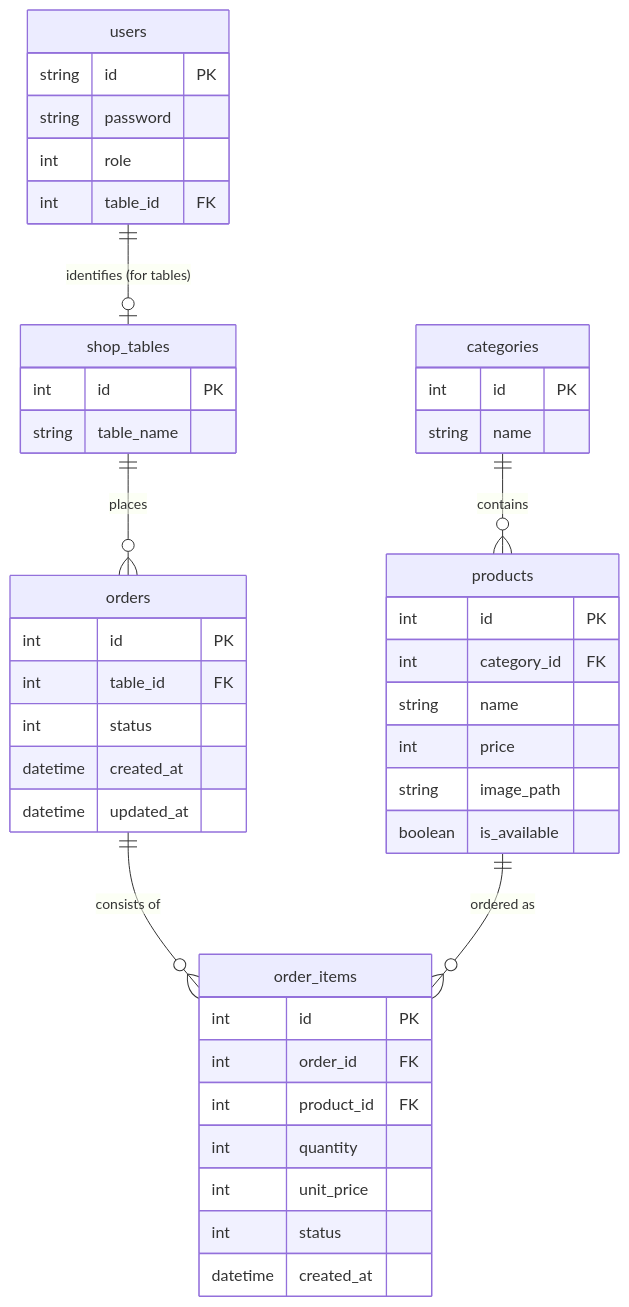
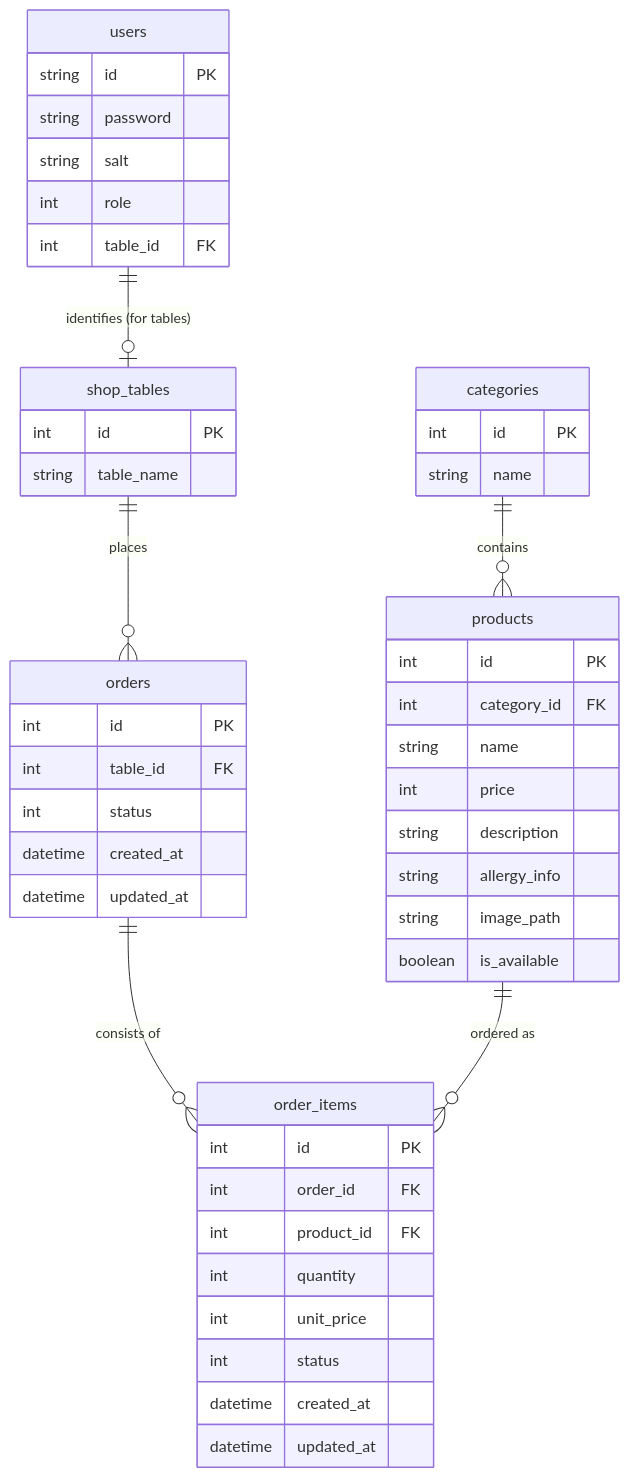
Before and after one commit to matsutanishimpei/table-order: the diagram in docs/er_diagram.md, drawn with Mermaid. The commit also changed other lines of this file and 4 other files, not shown here.

Commit message:
docs: 設計思想とアーキテクチャ定義の整理、およびER図・クラス図の更新

````diff
--- a/docs/er_diagram.md
+++ b/docs/er_diagram.md
@@ -5,52 +5,56 @@
 ```mermaid
 erDiagram
     users ||--o| shop_tables : "identifies (for tables)"
     categories ||--o{ products : "contains"
     shop_tables ||--o{ orders : "places"
     orders ||--o{ order_items : "consists of"
     products ||--o{ order_items : "ordered as"
 
     users {
         string id PK
         string password
+        string salt
         int role
         int table_id FK
     }
 
     shop_tables {
         int id PK
         string table_name
     }
 
     categories {
         int id PK
         string name
     }
 
     products {
         int id PK
         int category_id FK
         string name
         int price
+        string description
+        string allergy_info
         string image_path
         boolean is_available
     }
 
     orders {
         int id PK
         int table_id FK
         int status
         datetime created_at
         datetime updated_at
     }
 
     order_items {
         int id PK
         int order_id FK
         int product_id FK
         int quantity
         int unit_price
         int status
         datetime created_at
+        datetime updated_at
     }
 ```
````
